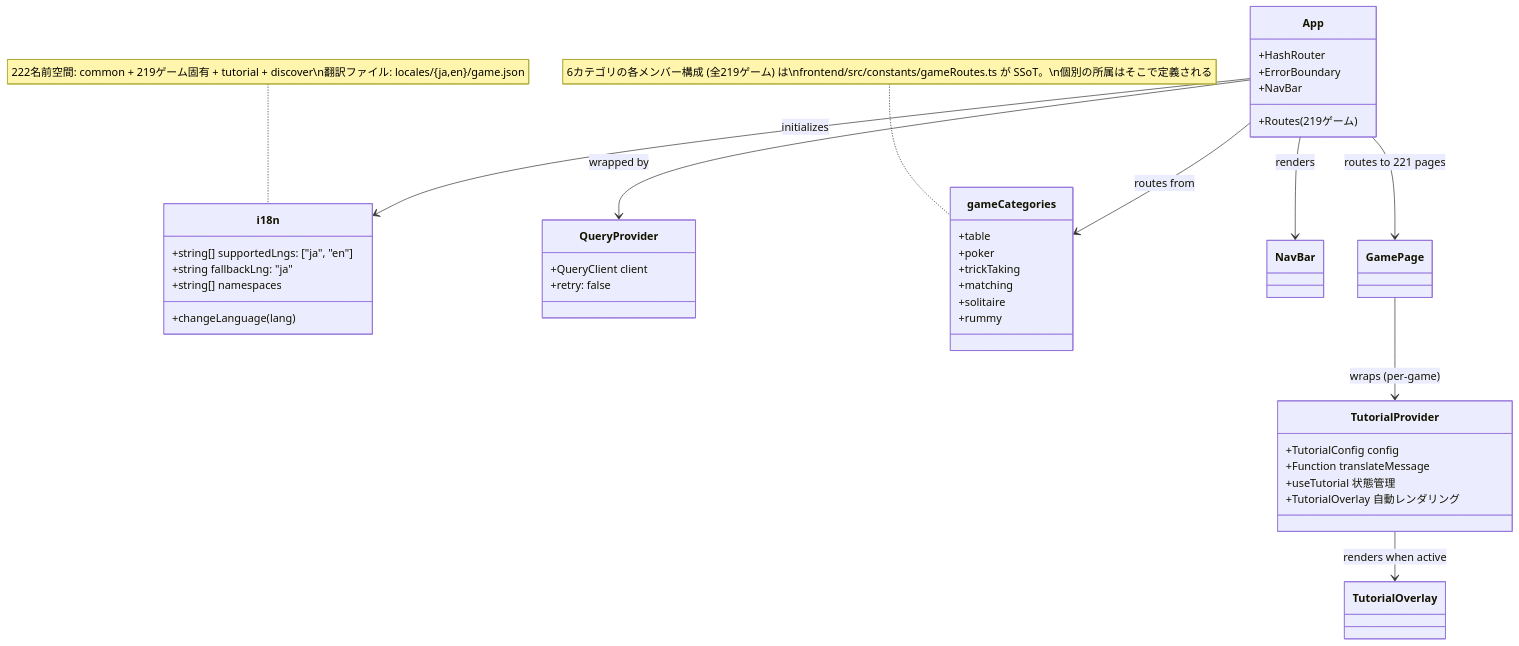
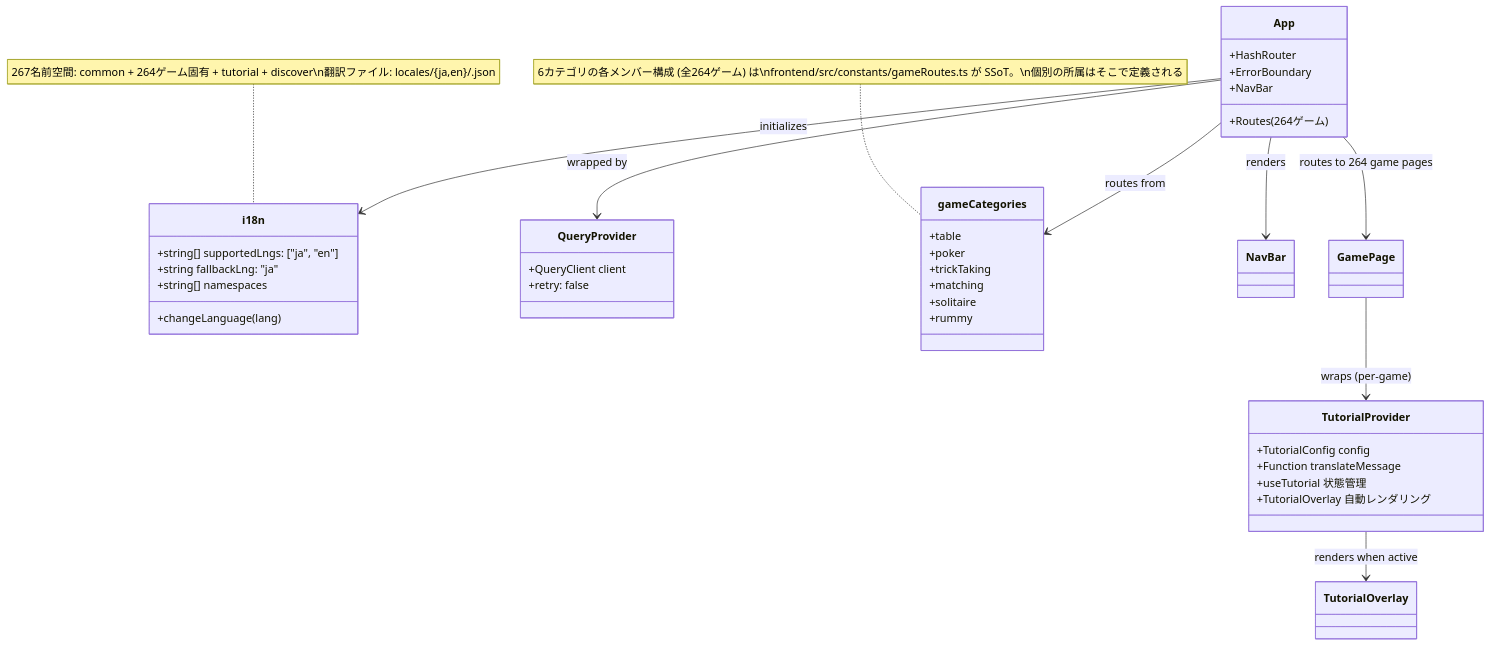
Before and after one commit to yuta-yoshinaga/go_trumpcards: the ninth of 49 diagrams in docs/design/frontend.md, drawn with Mermaid. The commit also changed other lines of this file and 12 other files, not shown here.

````diff
--- a/docs/design/frontend.md
+++ b/docs/design/frontend.md
@@ -1916,48 +1869,48 @@
 ```mermaid
 classDiagram
     class i18n {
         +string[] supportedLngs: ["ja", "en"]
         +string fallbackLng: "ja"
         +string[] namespaces
         +changeLanguage(lang)
     }
 
     class QueryProvider {
         +QueryClient client
         +retry: false
     }
 
     class App {
         +HashRouter
         +ErrorBoundary
         +NavBar
-        +Routes (219ゲーム)
+        +Routes (264ゲーム)
     }
 
     class gameCategories {
         +table
         +poker
         +trickTaking
         +matching
         +solitaire
         +rummy
     }
-    note for gameCategories "6カテゴリの各メンバー構成 (全219ゲーム) は\nfrontend/src/constants/gameRoutes.ts が SSoT。\n個別の所属はそこで定義される"
+    note for gameCategories "6カテゴリの各メンバー構成 (全264ゲーム) は\nfrontend/src/constants/gameRoutes.ts が SSoT。\n個別の所属はそこで定義される"
 
     class TutorialProvider {
         +TutorialConfig config
         +Function translateMessage
         +useTutorial 状態管理
         +TutorialOverlay 自動レンダリング
     }
 
     App --> QueryProvider : wrapped by
     App --> i18n : initializes
     App --> gameCategories : routes from
     App --> NavBar : renders
-    App --> GamePage : routes to 221 pages
+    App --> GamePage : routes to 264 game pages
     GamePage --> TutorialProvider : wraps (per-game)
     TutorialProvider --> TutorialOverlay : renders when active
 
-    note for i18n "222名前空間: common + 219ゲーム固有 + tutorial + discover\n翻訳ファイル: locales/{ja,en}/game.json"
+    note for i18n "267名前空間: common + 264ゲーム固有 + tutorial + discover\n翻訳ファイル: locales/{ja,en}/<game>.json"
 ```
````
